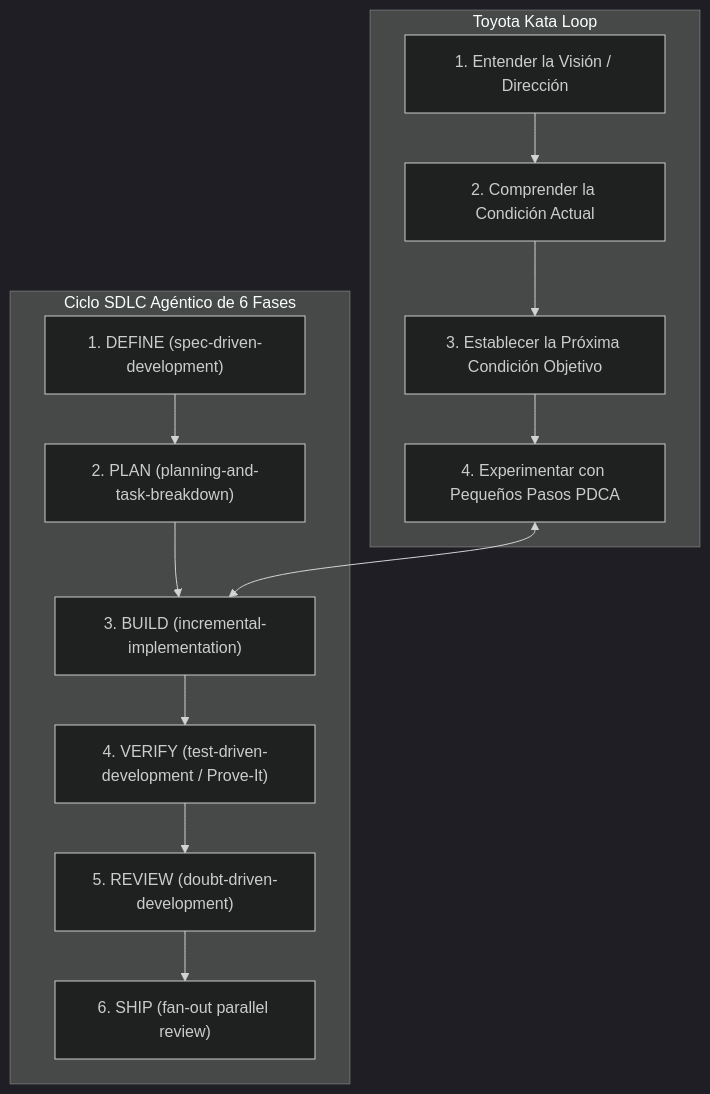
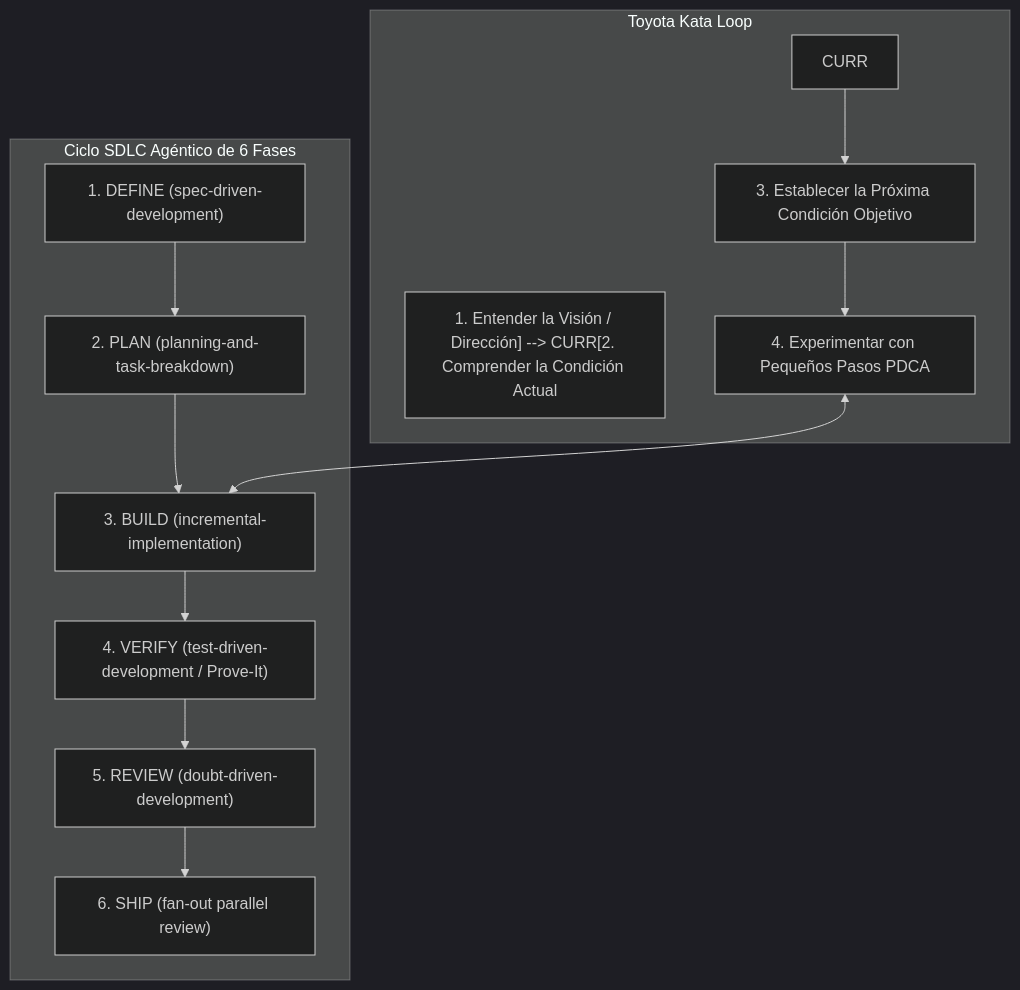
One commit to jaruiz78/ecosistema-multiproyectos changed the diagram in docs/formacion_ecosistema/modulo_0_software_engineering/03_toyota_kata_sdlc_6_fases.md. Above: the diagram before and after it, drawn with Mermaid (dark theme). The commit also changed 57 other files, not shown here.

First line of the commit message:
feat(validation,hooks): implementar Syntax Validator y Linter determinista para Mermaid, KaTeX y Markdown

````diff
--- a/docs/formacion_ecosistema/modulo_0_software_engineering/03_toyota_kata_sdlc_6_fases.md
+++ b/docs/formacion_ecosistema/modulo_0_software_engineering/03_toyota_kata_sdlc_6_fases.md
@@ -19,18 +19,18 @@
 ```mermaid
 flowchart TD
     subgraph Toyota Kata Loop
-        DIR[1. Entender la Visión / Dirección] --> CURR[2. Comprender la Condición Actual]
+        DIR["1. Entender la Visión / Dirección] --> CURR[2. Comprender la Condición Actual"]
         CURR --> TARGET[3. Establecer la Próxima Condición Objetivo]
         TARGET --> EXP[4. Experimentar con Pequeños Pasos PDCA]
     end
 
     subgraph Ciclo SDLC Agéntico de 6 Fases
         F1["1. DEFINE (spec-driven-development)"] --> F2["2. PLAN (planning-and-task-breakdown)"]
         F2 --> F3["3. BUILD (incremental-implementation)"]
         F3 --> F4["4. VERIFY (test-driven-development / Prove-It)"]
         F4 --> F5["5. REVIEW (doubt-driven-development)"]
         F5 --> F6["6. SHIP (fan-out parallel review)"]
     end
 
     EXP <--> F3
 ```
````
